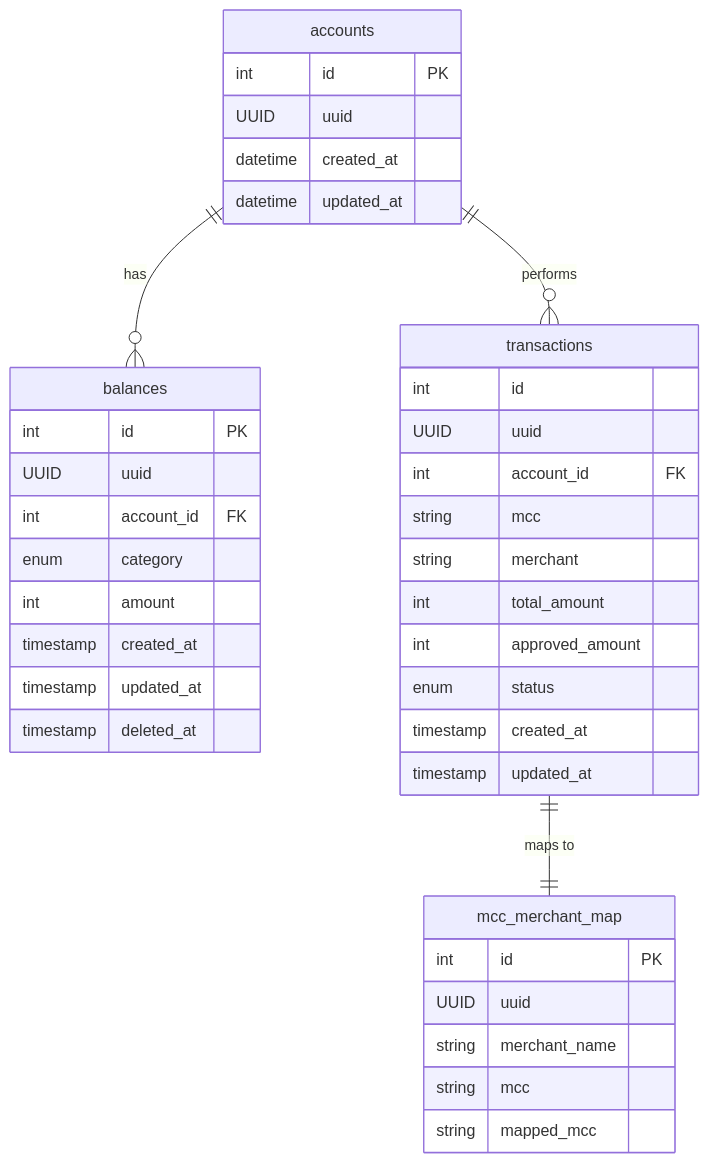
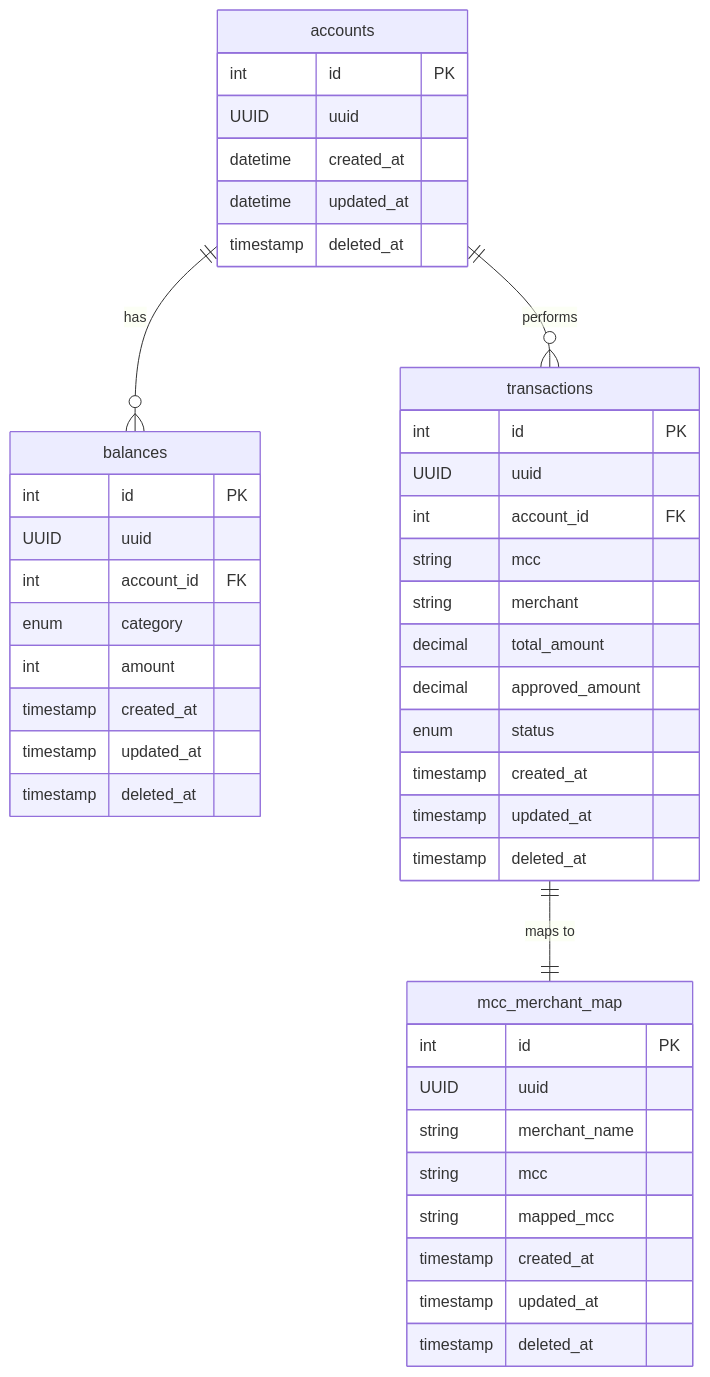
Before and after one commit to marciovmartins/jtonynet-go-payments-api: the second of 2 diagrams in README.md, drawn with Mermaid. The commit also changed other lines of this file and 6 other files, not shown here.

````diff
--- a/README.md
+++ b/README.md
@@ -284,45 +289,50 @@
 ```mermaid
 erDiagram
     accounts {
         int id PK
         UUID uuid
         datetime created_at
         datetime updated_at
+        timestamp deleted_at
     }
 
     balances {
         int id PK
         UUID uuid
         int account_id FK
         enum category
         int amount
         timestamp created_at
         timestamp updated_at
         timestamp deleted_at
     }
 
     transactions {
-        int id
+        int id PK
         UUID uuid
         int account_id FK
         string mcc
         string merchant
-        int total_amount
-        int approved_amount
+        decimal total_amount
+        decimal approved_amount
         enum status
         timestamp created_at
         timestamp updated_at
+        timestamp deleted_at
     }
     
     mcc_merchant_map {
         int id PK
         UUID uuid
         string merchant_name
         string mcc
         string mapped_mcc
+        timestamp created_at
+        timestamp updated_at
+        timestamp deleted_at
     }
 
     accounts ||--o{ balances : has
     accounts ||--o{ transactions : performs
     transactions ||--|| mcc_merchant_map : "maps to"
 ```
````
